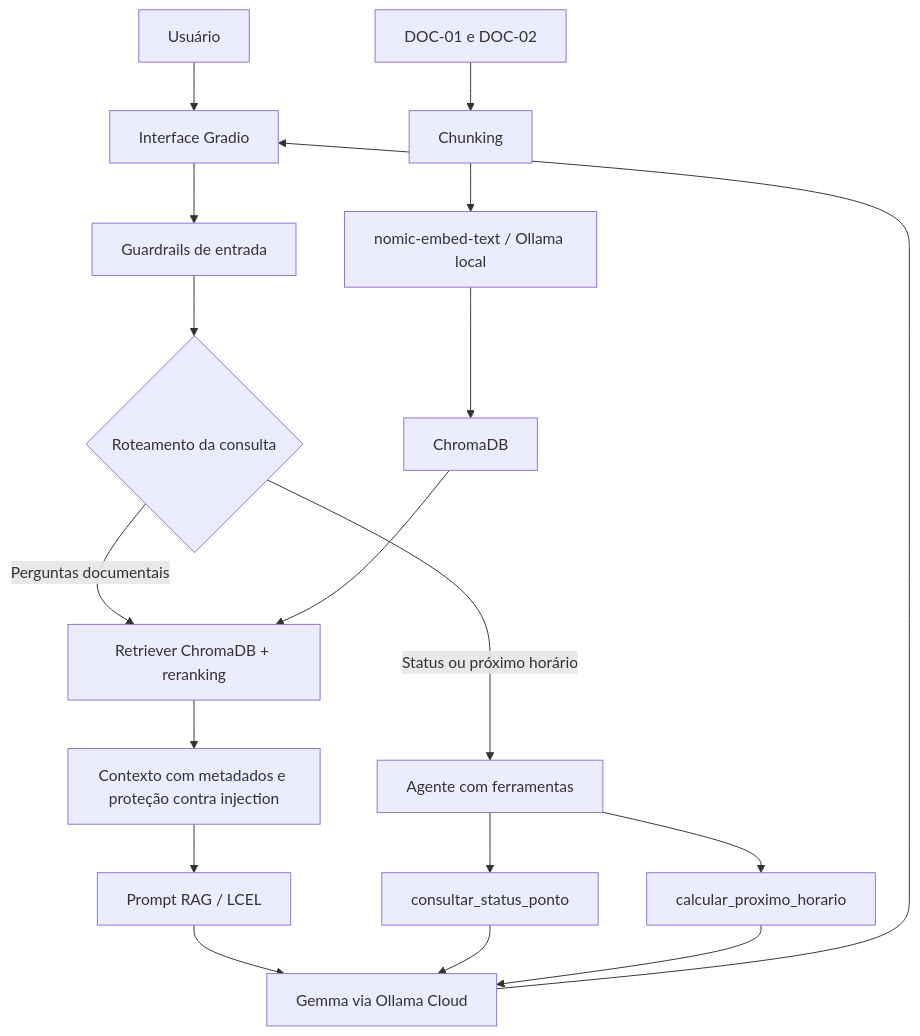
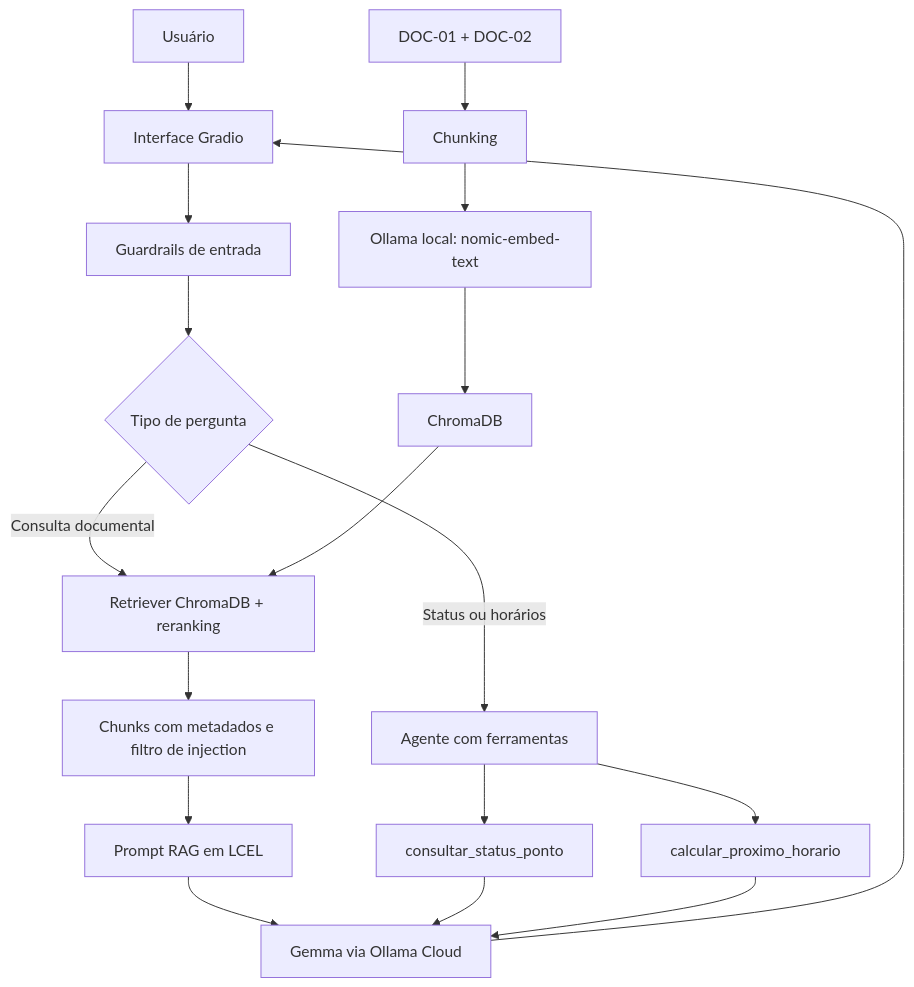
One commit to RafaelGandolfiG/global-solution-2sem-IA-1CCPI changed the diagram in 4_README.md. Above: the diagram before and after it, drawn with Mermaid. The commit also changed other lines of this file and 2 other files, not shown here.

````diff
--- a/4_README.md
+++ b/4_README.md
@@ -18,20 +26,20 @@
 ```mermaid
 flowchart TD
     U[Usuário] --> G[Interface Gradio]
     G --> S[Guardrails de entrada]
-    S --> R{Roteamento da consulta}
-    R -->|Perguntas documentais| Q[Retriever ChromaDB + reranking]
-    Q --> C[Contexto com metadados e proteção contra injection]
-    C --> P[Prompt RAG / LCEL]
+    S --> R{Tipo de pergunta}
+    R -->|Consulta documental| Q[Retriever ChromaDB + reranking]
+    Q --> C[Chunks com metadados e filtro de injection]
+    C --> P[Prompt RAG em LCEL]
     P --> L[Gemma via Ollama Cloud]
-    R -->|Status ou próximo horário| A[Agente com ferramentas]
+    R -->|Status ou horários| A[Agente com ferramentas]
     A --> T1[consultar_status_ponto]
     A --> T2[calcular_proximo_horario]
     T1 --> L
     T2 --> L
     L --> G
-    D[DOC-01 e DOC-02] --> K[Chunking]
-    K --> E[nomic-embed-text / Ollama local]
+    D[DOC-01 + DOC-02] --> K[Chunking]
+    K --> E[Ollama local: nomic-embed-text]
     E --> V[ChromaDB]
     V --> Q
 ```
````
